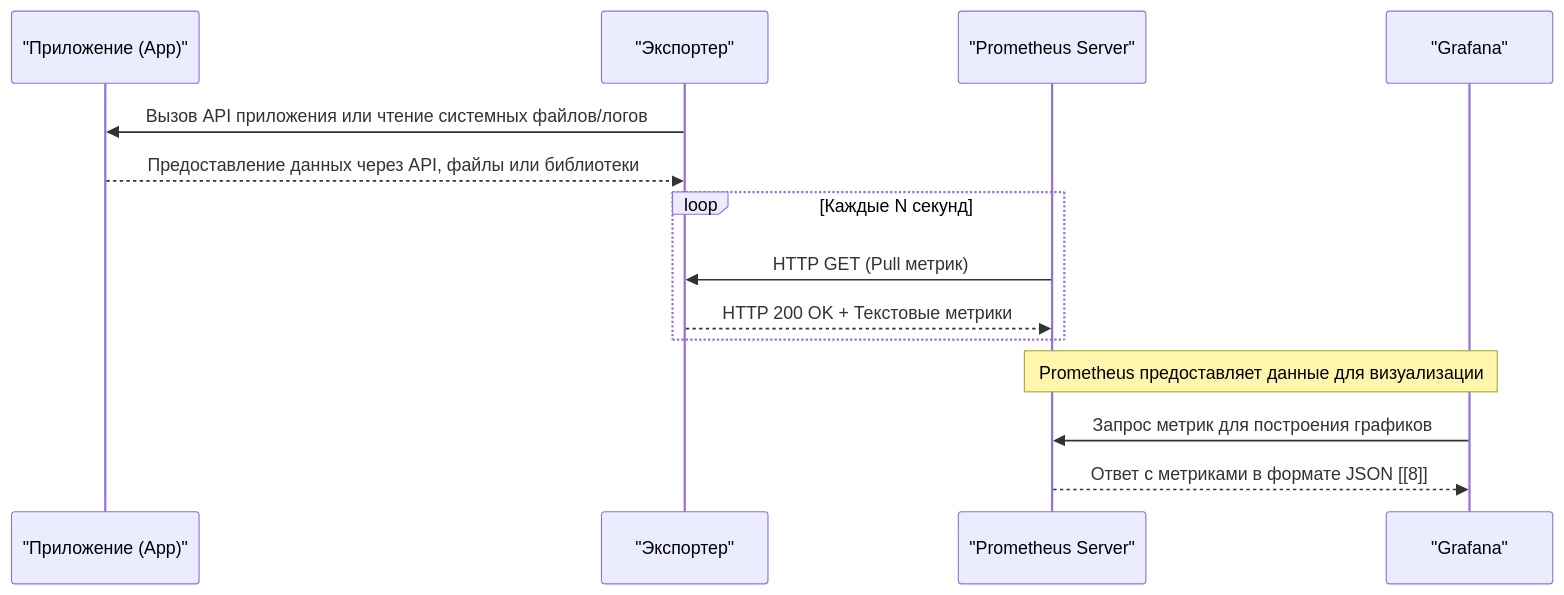
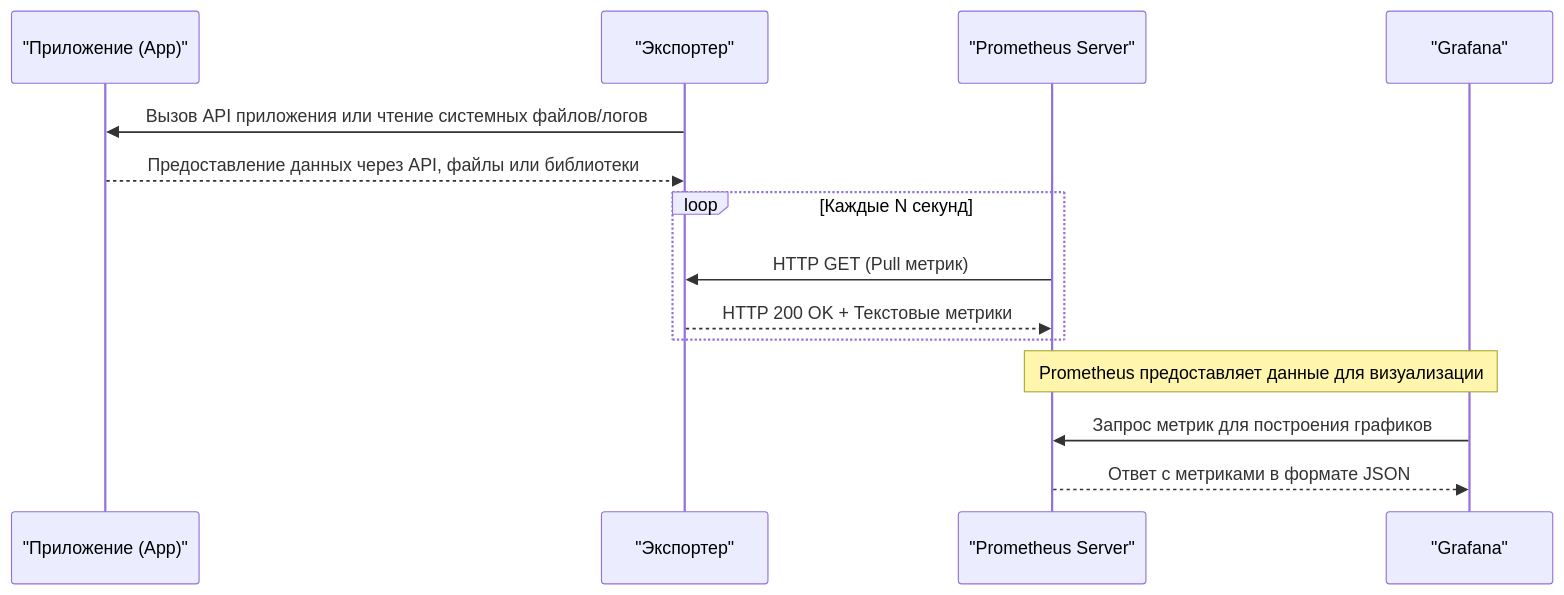
Before and after one commit to lamjob1993/linux-monitoring: the diagram in grafana/README.md, drawn with Mermaid.

````diff
--- a/grafana/README.md
+++ b/grafana/README.md
@@ -7,19 +7,19 @@
 ```mermaid
 sequenceDiagram
     participant App as "Приложение (App)"
     participant Exporter as "Экспортер"
     participant Prometheus as "Prometheus Server"
     participant Grafana as "Grafana"
 
     Exporter->>App: Вызов API приложения или чтение системных файлов/логов
     App-->>Exporter: Предоставление данных через API, файлы или библиотеки
 
     loop Каждые N секунд
         Prometheus->>Exporter: HTTP GET (Pull метрик)
         Exporter-->>Prometheus: HTTP 200 OK + Текстовые метрики
     end
 
     note over Prometheus,Grafana: Prometheus предоставляет данные для визуализации
     Grafana->>Prometheus: Запрос метрик для построения графиков
-    Prometheus-->>Grafana: Ответ с метриками в формате JSON [[8]]
+    Prometheus-->>Grafana: Ответ с метриками в формате JSON
 ```
````
